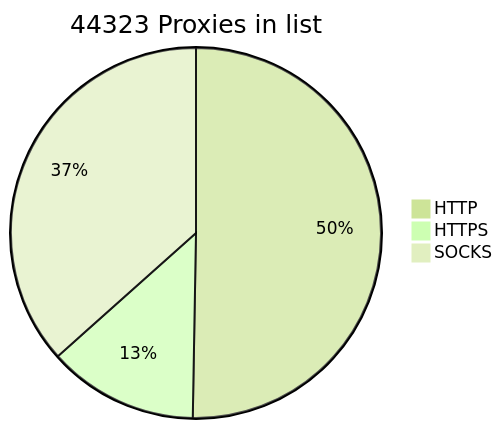
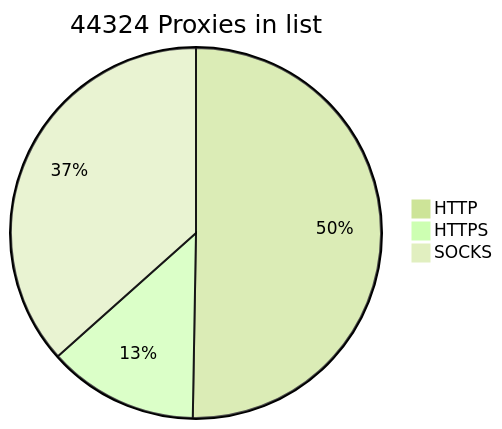
The diagram in README.md (BlackSnowDot/proxylist-update-every-minute), drawn with Mermaid (forest theme) before and after one commit.

````diff
--- a/README.md
+++ b/README.md
@@ -2,6 +2,6 @@
 ```mermaid
-pie title 44323 Proxies in list
+pie title 44324 Proxies in list
     "HTTP" : 24859
     "HTTPS": 6489
-    "SOCKS" : 18095
+    "SOCKS" : 18096
 ```
````
